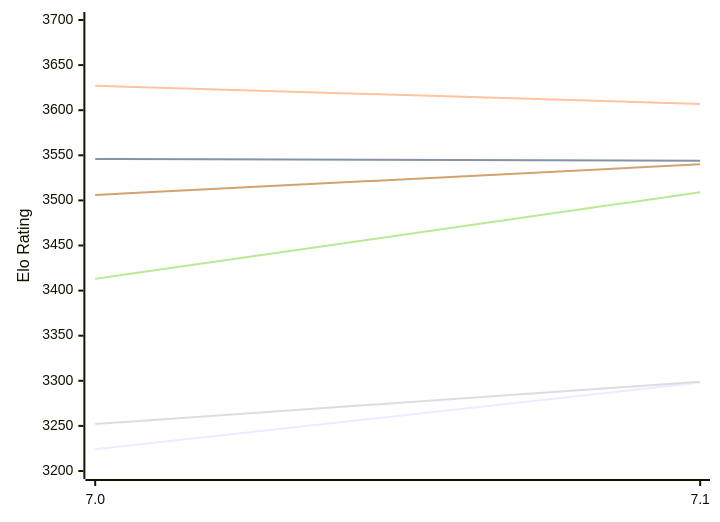
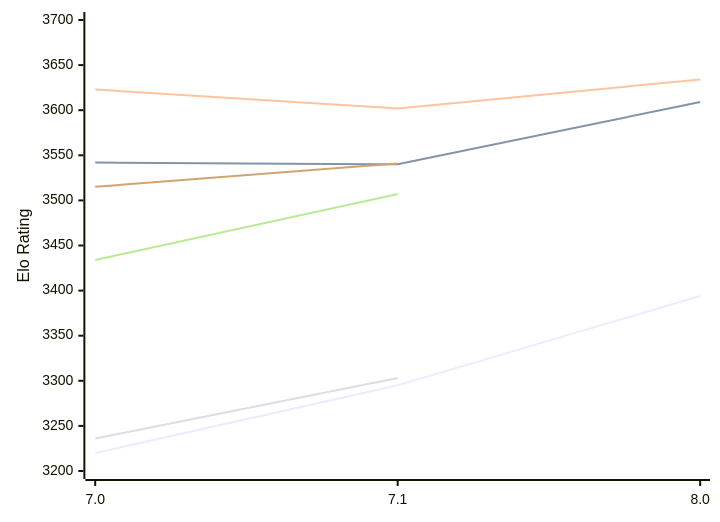
The first of 2 diagrams in engines/PZChessBot.md (computer-chess-index/cci), drawn with Mermaid before and after one commit. The commit also changed other lines of this file, not shown here.

Commit message:
Update CCI Ratings (ELO VLTC) - 2026-11-21

````diff
--- a/engines/PZChessBot.md
+++ b/engines/PZChessBot.md
@@ -53,12 +55,12 @@
 ```mermaid
 %%{init: {"theme":"base","themeVariables":{"seriesColors:['#a3a3a3','#222221','#faa371']}}}%%
 xychart-beta
-  x-axis ["7.0", "7.1"]
+  x-axis ["7.0", "7.1", "8.0"]
   y-axis "Elo Rating" 3200 --> 3700
-  line "E1: STC (8.0+0.08s)" [3224, 3298]
-  line "E1: LTC (60.0+0.60s)" [3546, 3544]
-  line "E1: VLTC (2m24s+1.12s)" [3627, 3607]
-  line "P1: STC (8.0+0.08s)" [3252, 3299]
-  line "P1: LTC (60.0+0.60s)" [3413, 3509]
-  line "P1: VLTC (2m24s+1.12s)" [3506, 3540]
+  line "E1: STC (8.0+0.08s)" [3220, 3295, 3394]
+  line "E1: LTC (60.0+0.60s)" [3542, 3540, 3609]
+  line "E1: VLTC (2m24s+1.12s)" [3623, 3602, 3634]
+  line "P1: STC (8.0+0.08s)" [3236, 3303]
+  line "P1: LTC (60.0+0.60s)" [3434, 3507]
+  line "P1: VLTC (2m24s+1.12s)" [3515, 3541]
 ```
````
